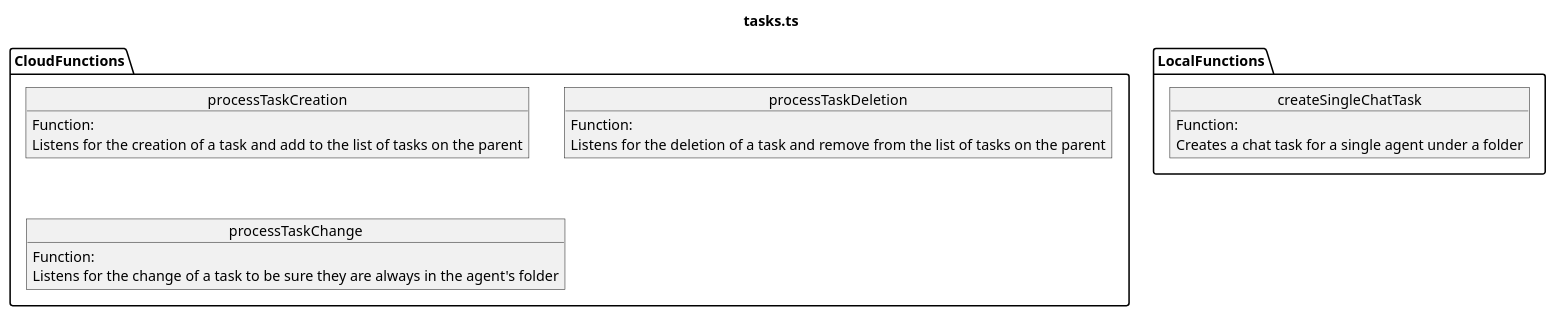
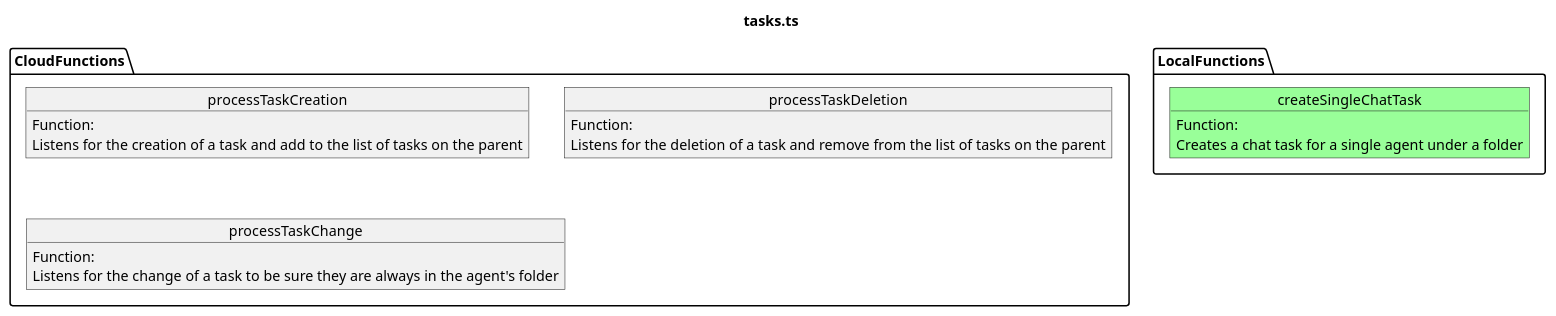
One commit to georgebolarakis/PlantUml changed diagram 26 of 30 in plantUML/test1.puml. Above: the diagram before and after it, drawn with PlantUML. The commit also changed other lines of this file, not shown here.

```diff
--- a/plantUML/test1.puml
+++ b/plantUML/test1.puml
@@ -707,28 +707,28 @@
 @startuml Tasks
 title tasks.ts
 package LocalFunctions {
-    object createSingleChatTask
+    object createSingleChatTask #99FF99
       }
 
-package CloudFunctions {
+package CloudFunctions  {
     object processTaskCreation
     object processTaskDeletion
     object processTaskChange
       }
 
-object createSingleChatTask {
+object createSingleChatTask  {
   Function:\nCreates a chat task for a single agent under a folder
-  }
+  } 
 
 object processTaskCreation {
   Function:\nListens for the creation of a task and add to the list of tasks on the parent
   }
 object processTaskDeletion {
   Function:\nListens for the deletion of a task and remove from the list of tasks on the parent
   }
 
 object processTaskChange {
   Function:\nListens for the change of a task to be sure they are always in the agent's folder
   }
 
 @enduml
```
